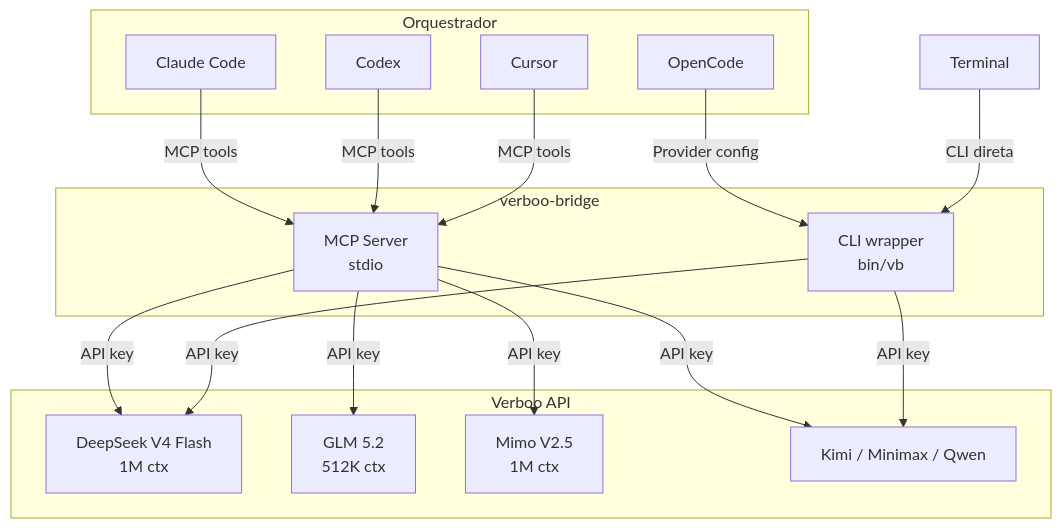
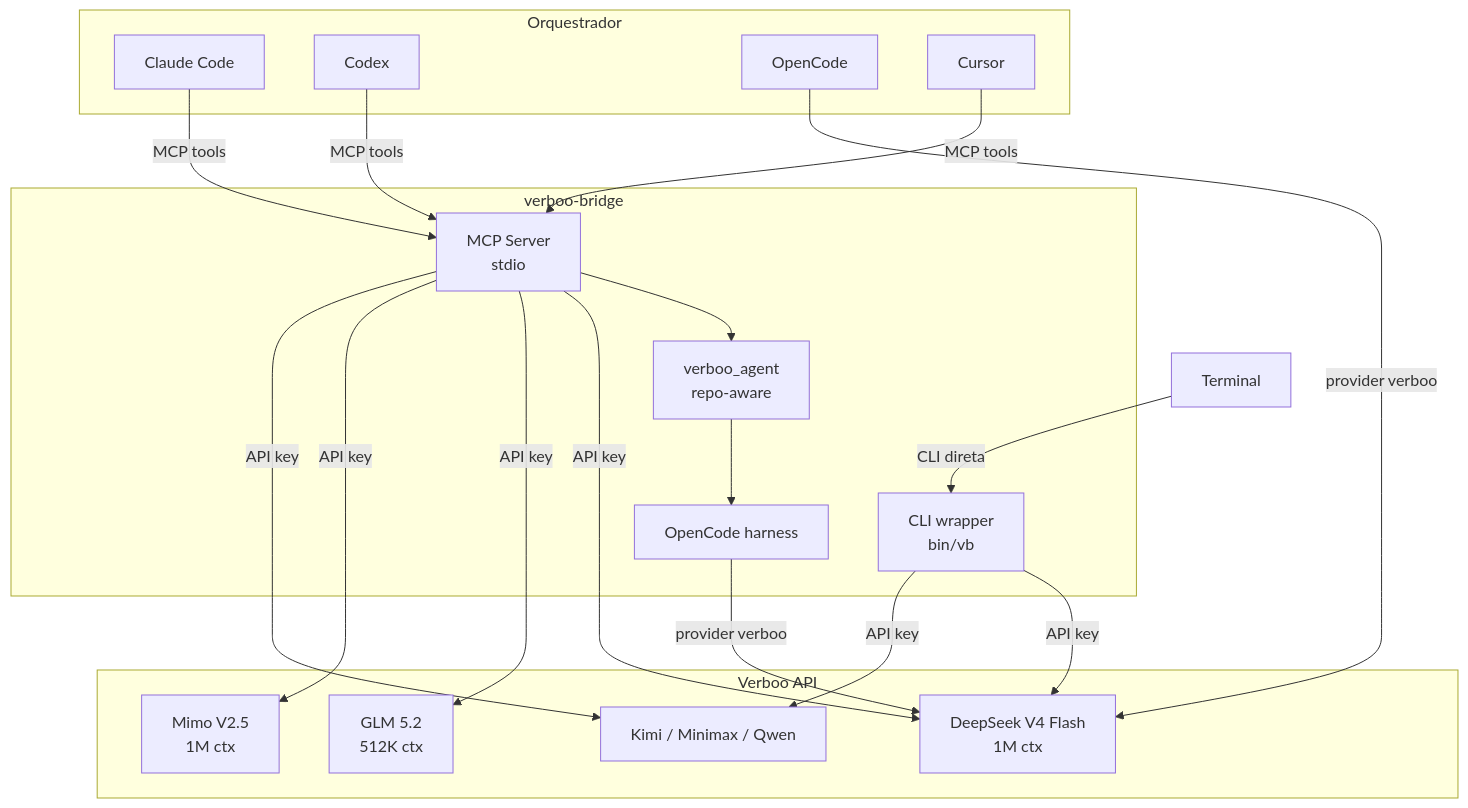
One commit to nikolasdehor/verboo-bridge changed the first of 2 diagrams in README.md. Above: the diagram before and after it, drawn with Mermaid. The commit also changed other lines of this file and 12 other files, not shown here.

Commit message:
feat: add repo-aware Verboo subagent

````diff
--- a/README.md
+++ b/README.md
@@ -18,34 +18,39 @@
 ```mermaid
 graph TB
     subgraph "Orquestrador"
         CLAUDE[Claude Code]
         CODEX[Codex]
         OPENCODE[OpenCode]
         CURSOR[Cursor]
     end
 
     subgraph "verboo-bridge"
         MCP[MCP Server<br/>stdio]
         CLI[CLI wrapper<br/>bin/vb]
+        AGENT[verboo_agent<br/>repo-aware]
+        HARNESS[OpenCode harness]
     end
 
     subgraph "Verboo API"
         DS[DeepSeek V4 Flash<br/>1M ctx]
         GLM[GLM 5.2<br/>512K ctx]
         MIMO[Mimo V2.5<br/>1M ctx]
         OUTROS[Kimi / Minimax / Qwen]
     end
 
     CLAUDE -->|MCP tools| MCP
     CODEX -->|MCP tools| MCP
-    OPENCODE -->|Provider config| CLI
     CURSOR -->|MCP tools| MCP
     Terminal -->|CLI direta| CLI
 
+    MCP --> AGENT
+    AGENT --> HARNESS
+    HARNESS -->|provider verboo| DS
+    OPENCODE -->|provider verboo| DS
     MCP -->|API key| DS
     MCP -->|API key| GLM
     MCP -->|API key| MIMO
     MCP -->|API key| OUTROS
     CLI -->|API key| DS
     CLI -->|API key| OUTROS
 ```
````
